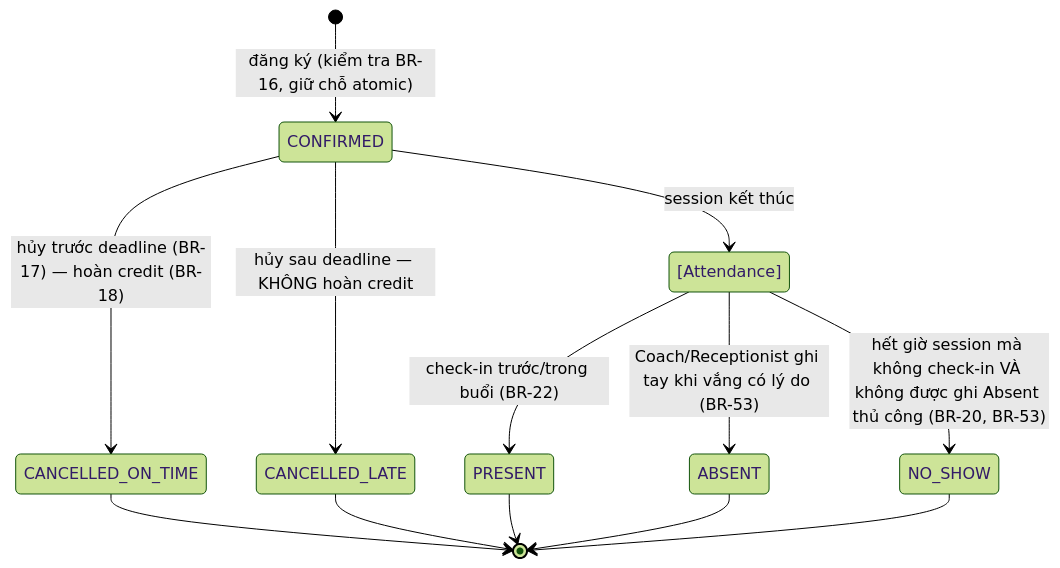
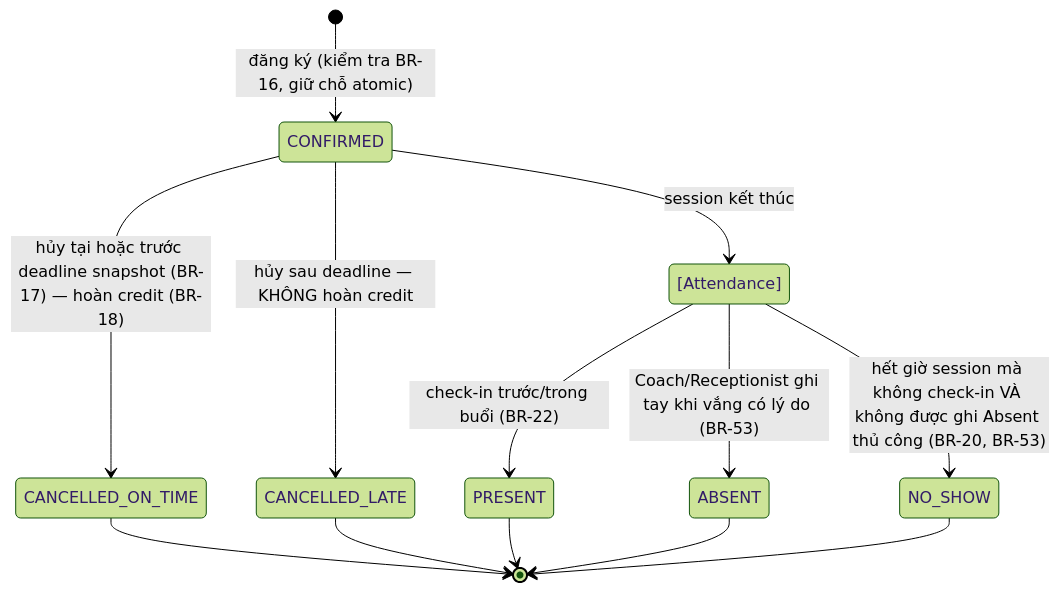
The fourth of 7 diagrams in docs/Center-Management-System-Design-v2.md (SWP391-SportHub-Group4/sports-center-management-system), drawn with Mermaid (forest theme) before and after one commit. The commit also changed other lines of this file and 10 other files, not shown here.

````diff
--- a/docs/Center-Management-System-Design-v2.md
+++ b/docs/Center-Management-System-Design-v2.md
@@ -348,15 +398,15 @@
 ```mermaid
 stateDiagram-v2
     [*] --> CONFIRMED: đăng ký (kiểm tra BR-16, giữ chỗ atomic)
-    CONFIRMED --> CANCELLED_ON_TIME: hủy trước deadline (BR-17) — hoàn credit (BR-18)
+    CONFIRMED --> CANCELLED_ON_TIME: hủy tại hoặc trước deadline snapshot (BR-17) — hoàn credit (BR-18)
     CONFIRMED --> CANCELLED_LATE: hủy sau deadline — KHÔNG hoàn credit
     CONFIRMED --> [Attendance]: session kết thúc
     [Attendance] --> PRESENT: check-in trước/trong buổi (BR-22)
     [Attendance] --> ABSENT: Coach/Receptionist ghi tay khi vắng có lý do (BR-53)
     [Attendance] --> NO_SHOW: hết giờ session mà không check-in VÀ không được ghi Absent thủ công (BR-20, BR-53)
     CANCELLED_ON_TIME --> [*]
     CANCELLED_LATE --> [*]
     PRESENT --> [*]
     ABSENT --> [*]
     NO_SHOW --> [*]
 ```
````
